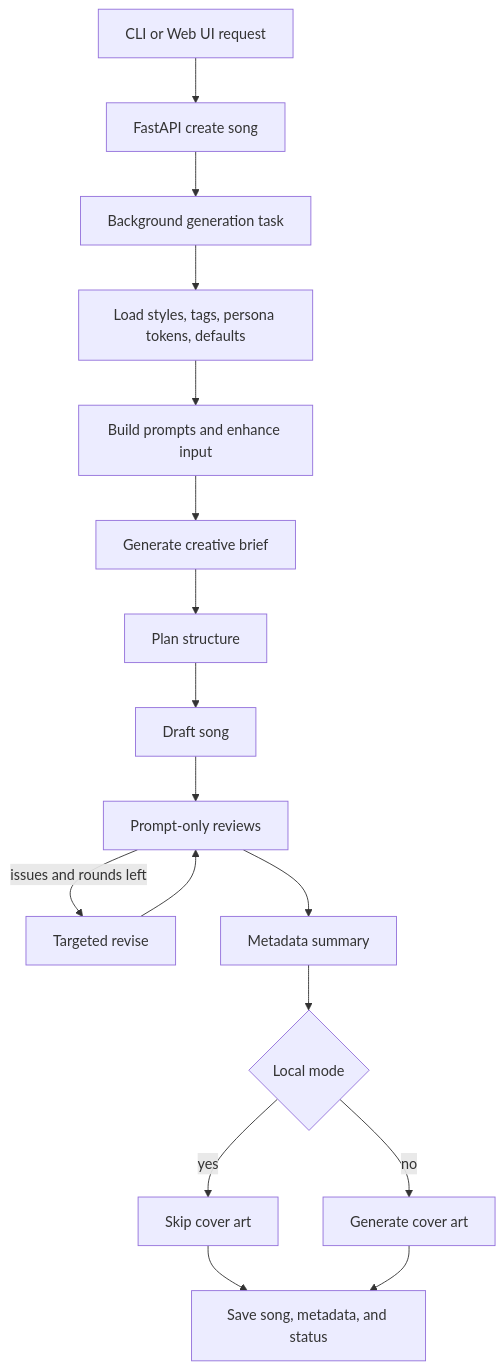
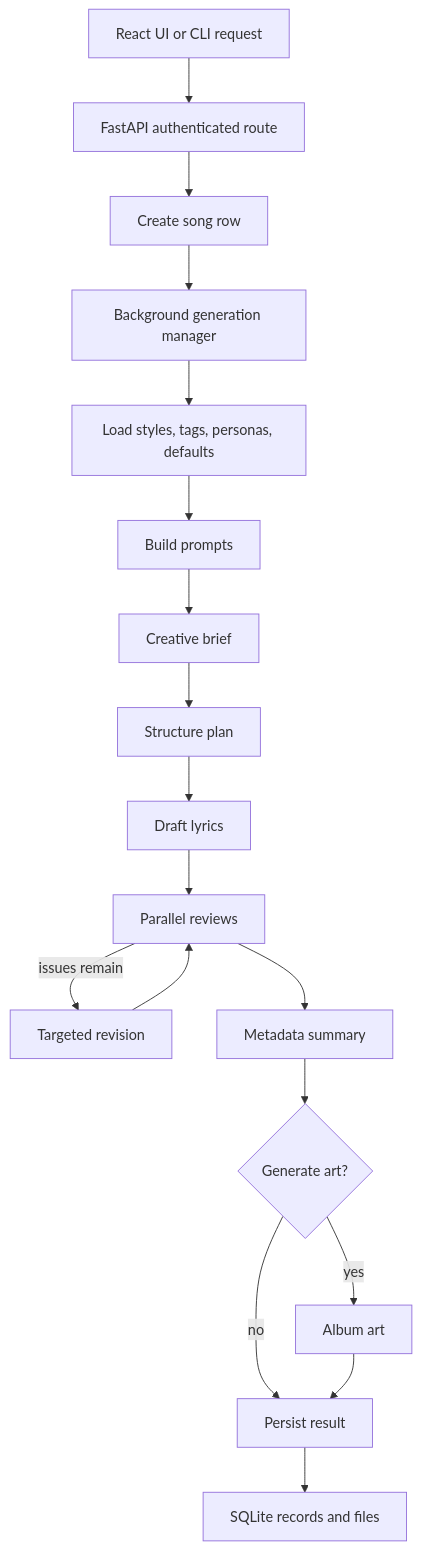
One commit to robertrittmuller/song-master changed the diagram in README.md. Above: the diagram before and after it, drawn with Mermaid. The commit also changed other lines of this file and 1 other file, not shown here.

Commit message:
docs: condense README and update Bleached to Perfection persona

````diff
--- a/README.md
+++ b/README.md
@@ -512,19 +239,20 @@
 ```mermaid
 flowchart TD
-    A[CLI or Web UI request] --> B[FastAPI create song]
-    B --> C[Background generation task]
-    C --> D[Load styles, tags, persona tokens, defaults]
-    D --> E[Build prompts and enhance input]
-    E --> F[Generate creative brief]
-    F --> G[Plan structure]
-    G --> H[Draft song]
-    H --> I[Prompt-only reviews]
-    I -->|issues and rounds left| J[Targeted revise]
-    J --> I
-    I --> K[Metadata summary]
-    K --> L{Local mode}
-    L -->|yes| M[Skip cover art]
-    L -->|no| N[Generate cover art]
-    M --> O[Save song, metadata, and status]
+    A["React UI or CLI request"] --> B["FastAPI authenticated route"]
+    B --> C["Create song row"]
+    C --> D["Background generation manager"]
+    D --> E["Load styles, tags, personas, defaults"]
+    E --> F["Build prompts"]
+    F --> G["Creative brief"]
+    G --> H["Structure plan"]
+    H --> I["Draft lyrics"]
+    I --> J["Parallel reviews"]
+    J -->|issues remain| K["Targeted revision"]
+    K --> J
+    J --> L["Metadata summary"]
+    L --> M{"Generate art?"}
+    M -->|yes| N["Album art"]
+    M -->|no| O["Persist result"]
     N --> O
+    O --> P["SQLite records and files"]
 ```
````
